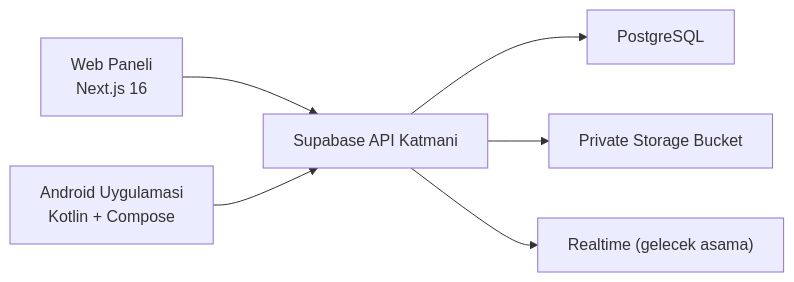
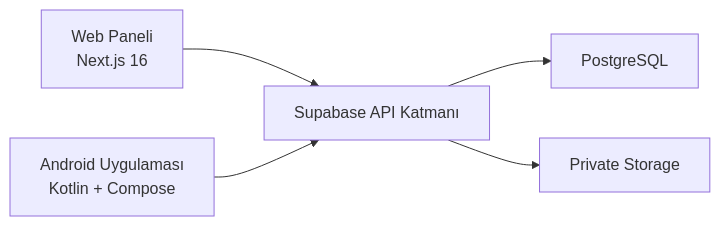
Before and after one commit to ahsenpehlivan/TepebasiBTDestek: the diagram in docs/ARCHITECTURE.md, drawn with Mermaid. The commit also changed other lines of this file and 12 other files, not shown here.

````diff
--- a/docs/ARCHITECTURE.md
+++ b/docs/ARCHITECTURE.md
@@ -7,8 +11,7 @@
 ```mermaid
 flowchart LR
-    Web["Web Paneli<br/>Next.js 16"] --> API["Supabase API Katmani"]
-    Android["Android Uygulamasi<br/>Kotlin + Compose"] --> API
+    Web["Web Paneli<br/>Next.js 16"] --> API["Supabase API Katmanı"]
+    Android["Android Uygulaması<br/>Kotlin + Compose"] --> API
     API --> DB["PostgreSQL"]
-    API --> Storage["Private Storage Bucket"]
-    API --> Realtime["Realtime (gelecek asama)"]
+    API --> Storage["Private Storage"]
 ```
````
